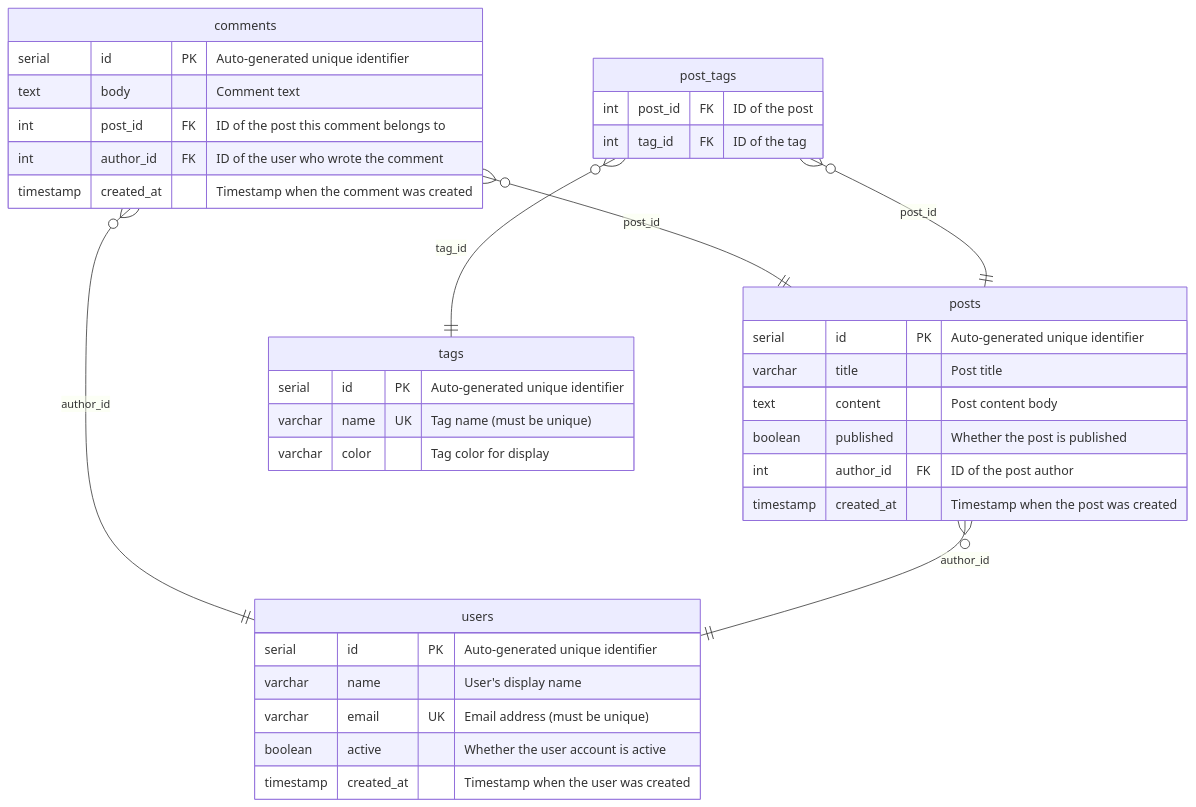
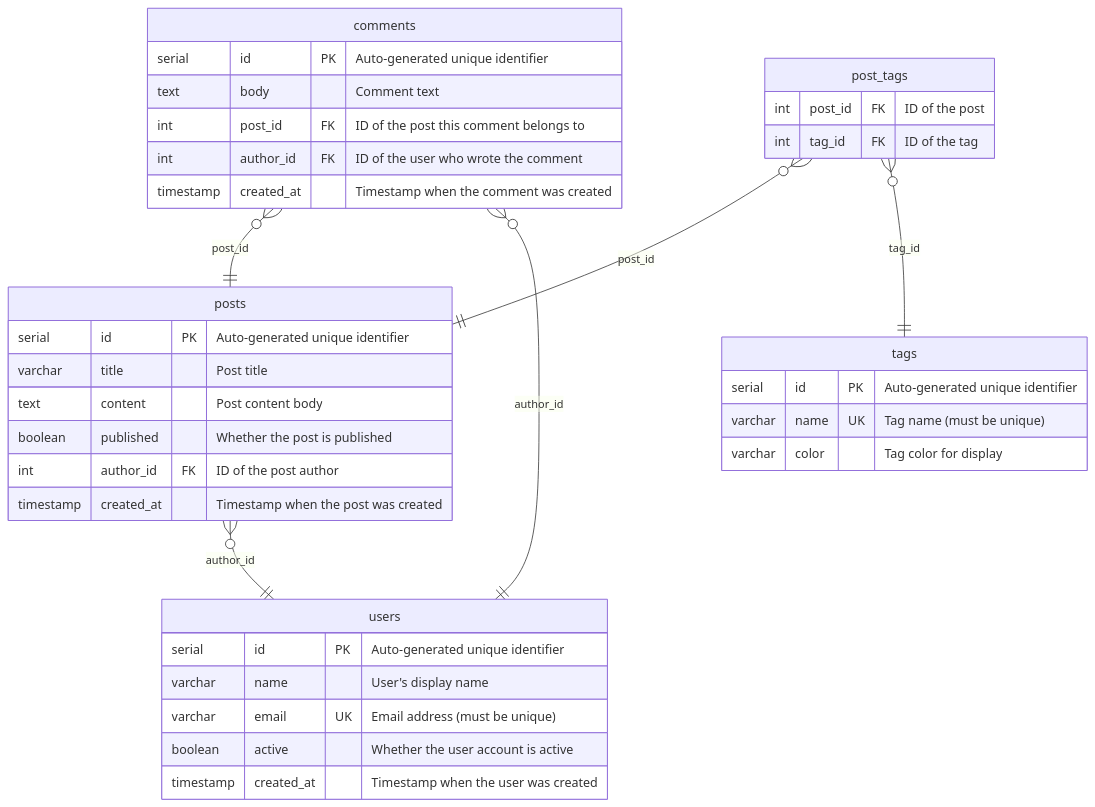
Before and after one commit to rikeda71/drizzle-docs-generator: the diagram in examples/mysql/markdown/README.md, drawn with Mermaid. The commit also changed other lines of this file and 25 other files, not shown here.

````diff
--- a/examples/mysql/markdown/README.md
+++ b/examples/mysql/markdown/README.md
@@ -15,40 +15,40 @@
 ```mermaid
 erDiagram
+    posts }o--|| users : "author_id"
     comments }o--|| posts : "post_id"
     comments }o--|| users : "author_id"
     post_tags }o--|| posts : "post_id"
     post_tags }o--|| tags : "tag_id"
-    posts }o--|| users : "author_id"
 
     comments {
         serial id PK "Auto-generated unique identifier"
         text body "Comment text"
         int post_id FK "ID of the post this comment belongs to"
         int author_id FK "ID of the user who wrote the comment"
         timestamp created_at "Timestamp when the comment was created"
     }
     post_tags {
         int post_id FK "ID of the post"
         int tag_id FK "ID of the tag"
     }
     posts {
         serial id PK "Auto-generated unique identifier"
         varchar title "Post title"
         text content "Post content body"
         boolean published "Whether the post is published"
         int author_id FK "ID of the post author"
         timestamp created_at "Timestamp when the post was created"
     }
     tags {
         serial id PK "Auto-generated unique identifier"
         varchar name UK "Tag name (must be unique)"
         varchar color "Tag color for display"
     }
     users {
         serial id PK "Auto-generated unique identifier"
         varchar name "User's display name"
         varchar email UK "Email address (must be unique)"
         boolean active "Whether the user account is active"
         timestamp created_at "Timestamp when the user was created"
     }
 ```
````
